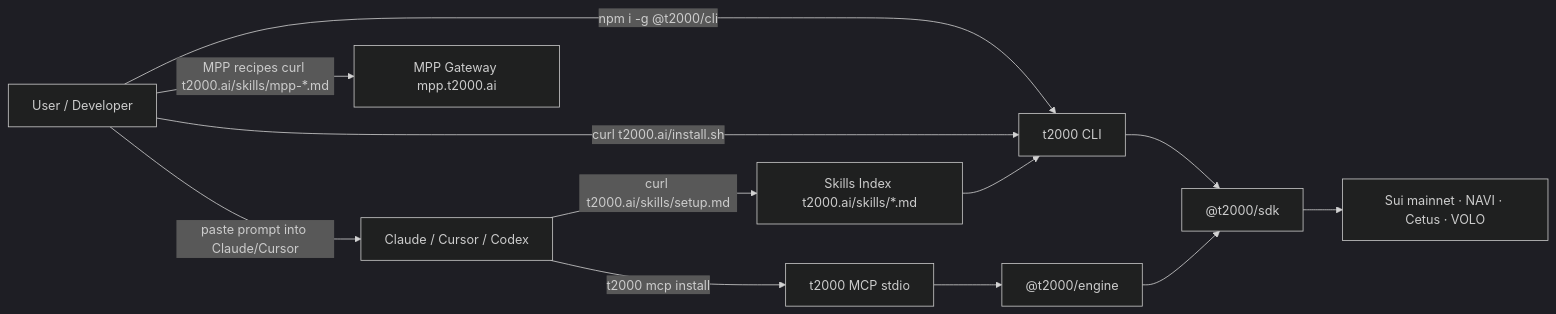
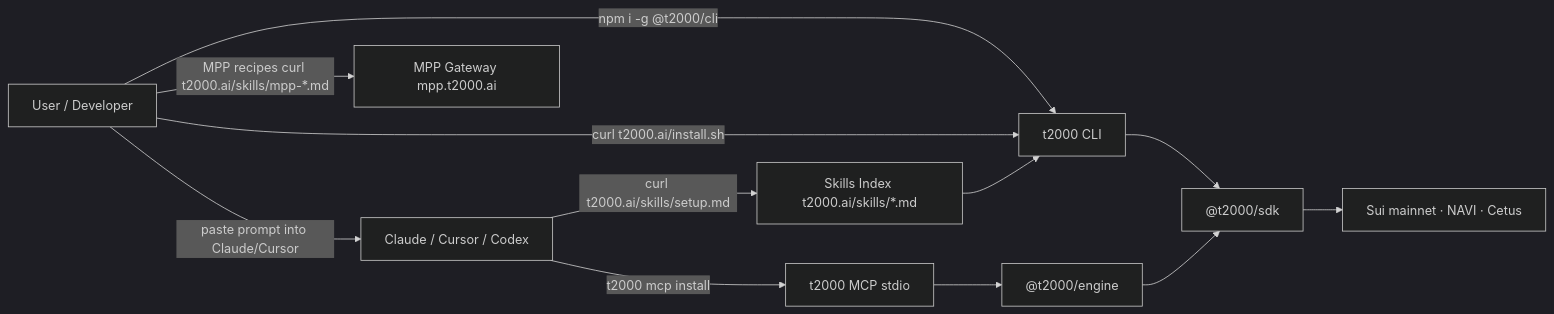
Before and after one commit to mission69b/t2000: the first of 2 diagrams in spec/active/shipping/SPEC_AGENTIC_STACK.md, drawn with Mermaid (dark theme). The commit also changed other lines of this file and 31 other files, not shown here.

````diff
--- a/spec/active/shipping/SPEC_AGENTIC_STACK.md
+++ b/spec/active/shipping/SPEC_AGENTIC_STACK.md
@@ -23,14 +23,14 @@
 ```mermaid
 flowchart LR
     User["User / Developer"] -->|"npm i -g @t2000/cli"| CLI["t2000 CLI"]
     User -->|"curl t2000.ai/install.sh"| CLI
     User -->|"paste prompt into Claude/Cursor"| LLM
     LLM["Claude / Cursor / Codex"] -->|"curl t2000.ai/skills/setup.md"| Skills
     LLM -->|"t2000 mcp install"| MCP["t2000 MCP stdio"]
     Skills["Skills Index t2000.ai/skills/*.md"] --> CLI
     CLI --> SDK["@t2000/sdk"]
     MCP --> Engine["@t2000/engine"]
     Engine --> SDK
-    SDK --> Sui["Sui mainnet · NAVI · Cetus · VOLO"]
+    SDK --> Sui["Sui mainnet · NAVI · Cetus"]
     User -->|"MPP recipes curl t2000.ai/skills/mpp-*.md"| MPP["MPP Gateway mpp.t2000.ai"]
 ```
````
